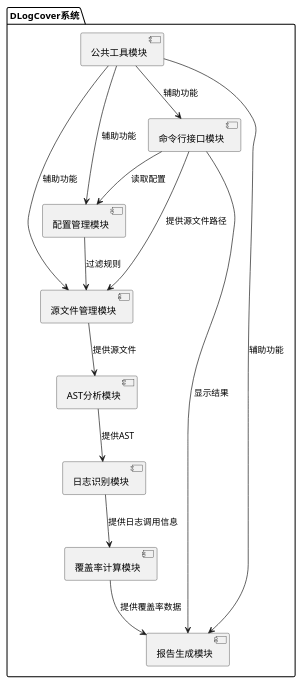
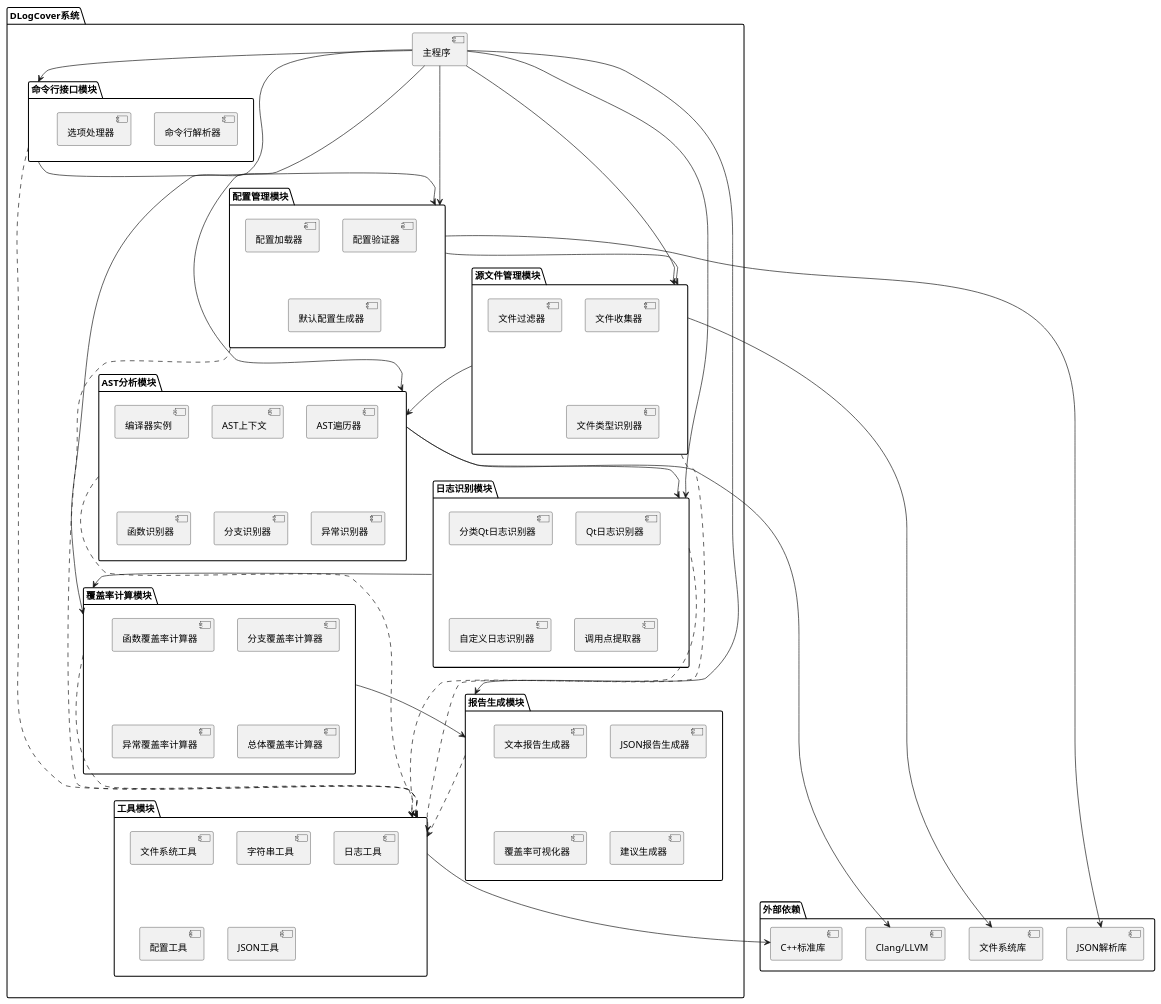
The first of 15 diagrams in docs/详细设计文档.md (eric2023/dlogcover), drawn with PlantUML before and after one commit. The commit also changed other lines of this file and 2 other files, not shown here.

````diff
--- a/docs/详细设计文档.md
+++ b/docs/详细设计文档.md
@@ -110,27 +118,96 @@
 ```plantuml
 @startuml
 package "DLogCover系统" {
-  [命令行接口模块] as CLI
-  [配置管理模块] as Config
-  [源文件管理模块] as SourceManager
-  [AST分析模块] as ASTAnalyzer
-  [日志识别模块] as LogIdentifier
-  [覆盖率计算模块] as CoverageCalculator
-  [报告生成模块] as Reporter
-  [公共工具模块] as Utils
+  [主程序] as Main
+  package "命令行接口模块" as CLI {
+    [命令行解析器] as CommandParser
+    [选项处理器] as OptionProcessor
+  }
+  
+  package "配置管理模块" as Config {
+    [配置加载器] as ConfigLoader
+    [配置验证器] as ConfigValidator
+    [默认配置生成器] as DefaultConfigGenerator
+  }
+  
+  package "源文件管理模块" as SourceManager {
+    [文件收集器] as FileCollector
+    [文件过滤器] as FileFilter
+    [文件类型识别器] as FileTypeDetector
+  }
+  
+  package "AST分析模块" as ASTAnalyzer {
+    [编译器实例] as CompilerInstance
+    [AST上下文] as ASTContext
+    [AST遍历器] as ASTTraverser
+    [函数识别器] as FunctionDetector
+    [分支识别器] as BranchDetector
+    [异常识别器] as ExceptionDetector
+  }
+  
+  package "日志识别模块" as LogIdentifier {
+    [Qt日志识别器] as QtLogIdentifier
+    [分类Qt日志识别器] as CategoryQtLogIdentifier
+    [自定义日志识别器] as CustomLogIdentifier
+    [调用点提取器] as CallSiteExtractor
+  }
+  
+  package "覆盖率计算模块" as CoverageCalculator {
+    [函数覆盖率计算器] as FunctionCoverageCalculator
+    [分支覆盖率计算器] as BranchCoverageCalculator
+    [异常覆盖率计算器] as ExceptionCoverageCalculator
+    [总体覆盖率计算器] as OverallCoverageCalculator
+  }
+  
+  package "报告生成模块" as Reporter {
+    [文本报告生成器] as TextReportGenerator
+    [JSON报告生成器] as JSONReportGenerator
+    [覆盖率可视化器] as CoverageVisualizer
+    [建议生成器] as SuggestionGenerator
+  }
+  
+  package "工具模块" as Utils {
+    [文件系统工具] as FilesystemUtils
+    [字符串工具] as StringUtils
+    [日志工具] as LoggingUtils
+    [配置工具] as ConfigUtils
+    [JSON工具] as JSONUtils
+  }
 }
 
-CLI --> Config : 读取配置
-CLI --> SourceManager : 提供源文件路径
-CLI --> Reporter : 显示结果
-Config --> SourceManager : 过滤规则
-SourceManager --> ASTAnalyzer : 提供源文件
-ASTAnalyzer --> LogIdentifier : 提供AST
-LogIdentifier --> CoverageCalculator : 提供日志调用信息
-CoverageCalculator --> Reporter : 提供覆盖率数据
-Utils --> CLI : 辅助功能
-Utils --> Config : 辅助功能
-Utils --> SourceManager : 辅助功能
-Utils --> Reporter : 辅助功能
+package "外部依赖" {
+  [Clang/LLVM] as Clang
+  [JSON解析库] as JSONLib
+  [文件系统库] as FSLib
+  [C++标准库] as StdLib
+}
+
+Main --> CLI
+Main --> Config
+Main --> SourceManager
+Main --> ASTAnalyzer
+Main --> LogIdentifier
+Main --> CoverageCalculator
+Main --> Reporter
+
+CLI --> Config
+Config --> SourceManager
+SourceManager --> ASTAnalyzer
+ASTAnalyzer --> LogIdentifier
+LogIdentifier --> CoverageCalculator
+CoverageCalculator --> Reporter
+
+CLI ..> Utils
+Config ..> Utils
+SourceManager ..> Utils
+ASTAnalyzer ..> Utils
+LogIdentifier ..> Utils
+CoverageCalculator ..> Utils
+Reporter ..> Utils
+
+ASTAnalyzer --> Clang
+Config --> JSONLib
+SourceManager --> FSLib
+Utils --> StdLib
 @enduml
 ```
````
